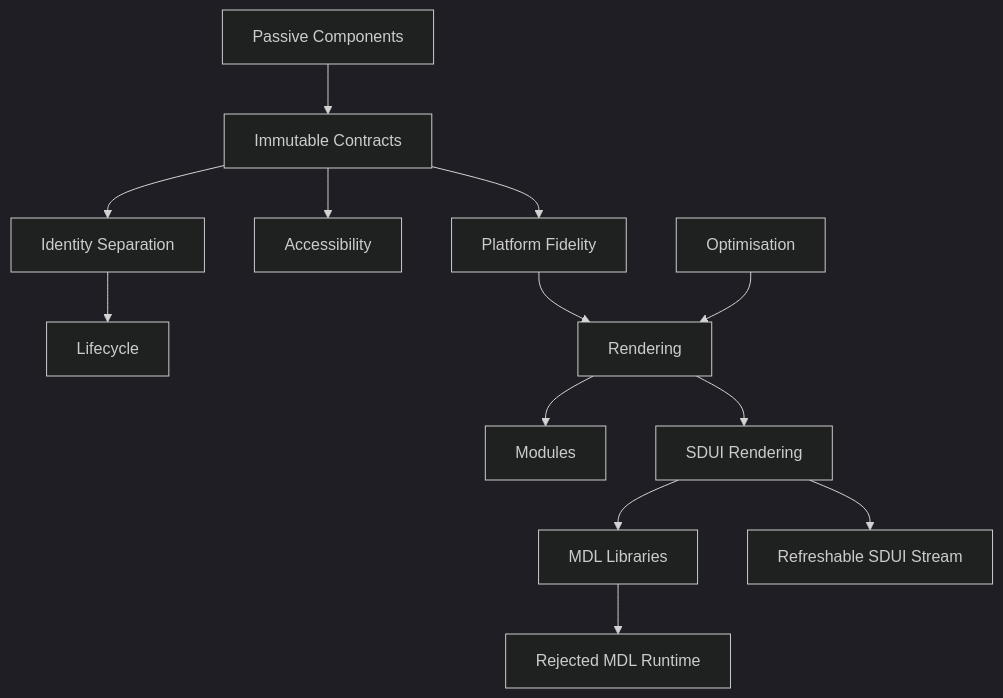
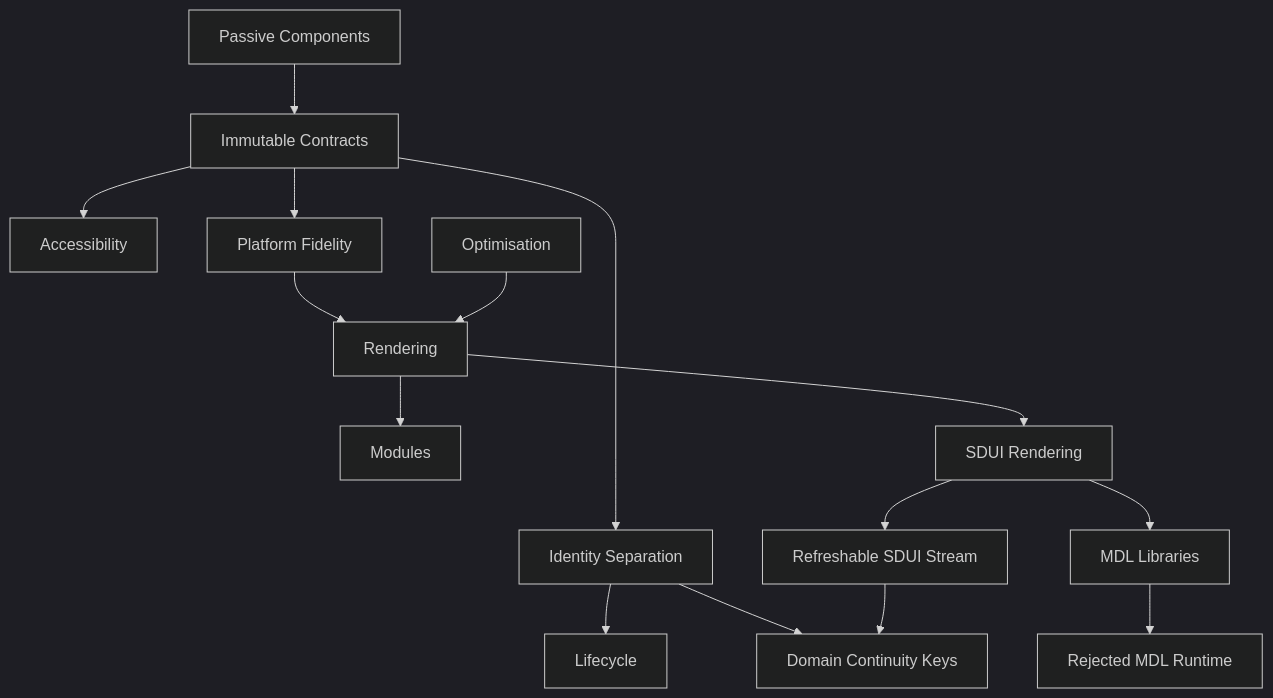
The second of 2 diagrams in docs/design/system/mds-008-component-library/12-adrs.md (mosaic-media/mosaic-architecture), drawn with Mermaid (dark theme) before and after one commit. The commit also changed other lines of this file and 4 other files, not shown here.

Commit message:
docs(mds-008): require continuity keys in SDUI

````diff
--- a/docs/design/system/mds-008-component-library/12-adrs.md
+++ b/docs/design/system/mds-008-component-library/12-adrs.md
@@ -500,42 +540,46 @@
 ```mermaid
 flowchart TD
 
 ADR182["Passive Components"]
 
 ADR183["Immutable Contracts"]
 
 ADR184["Identity Separation"]
 
 ADR185["Accessibility"]
 
 ADR186["Platform Fidelity"]
 
 ADR187["Optimisation"]
 
 ADR188["Lifecycle"]
 
 ADR189["Rendering"]
 
 ADR190["Modules"]
 
 ADR191["SDUI Rendering"]
 
 ADR192["MDL Libraries"]
 
 ADR193["Rejected MDL Runtime"]
 
 ADR194["Refreshable SDUI Stream"]
 
+ADR199["Domain Continuity Keys"]
+
 ADR182 --> ADR183
 ADR183 --> ADR184
 ADR184 --> ADR188
 ADR183 --> ADR185
 ADR183 --> ADR186
 ADR186 --> ADR189
 ADR187 --> ADR189
 ADR189 --> ADR190
 ADR189 --> ADR191
 ADR191 --> ADR192
 ADR192 --> ADR193
 ADR191 --> ADR194
+ADR184 --> ADR199
+ADR194 --> ADR199
 ```
````
